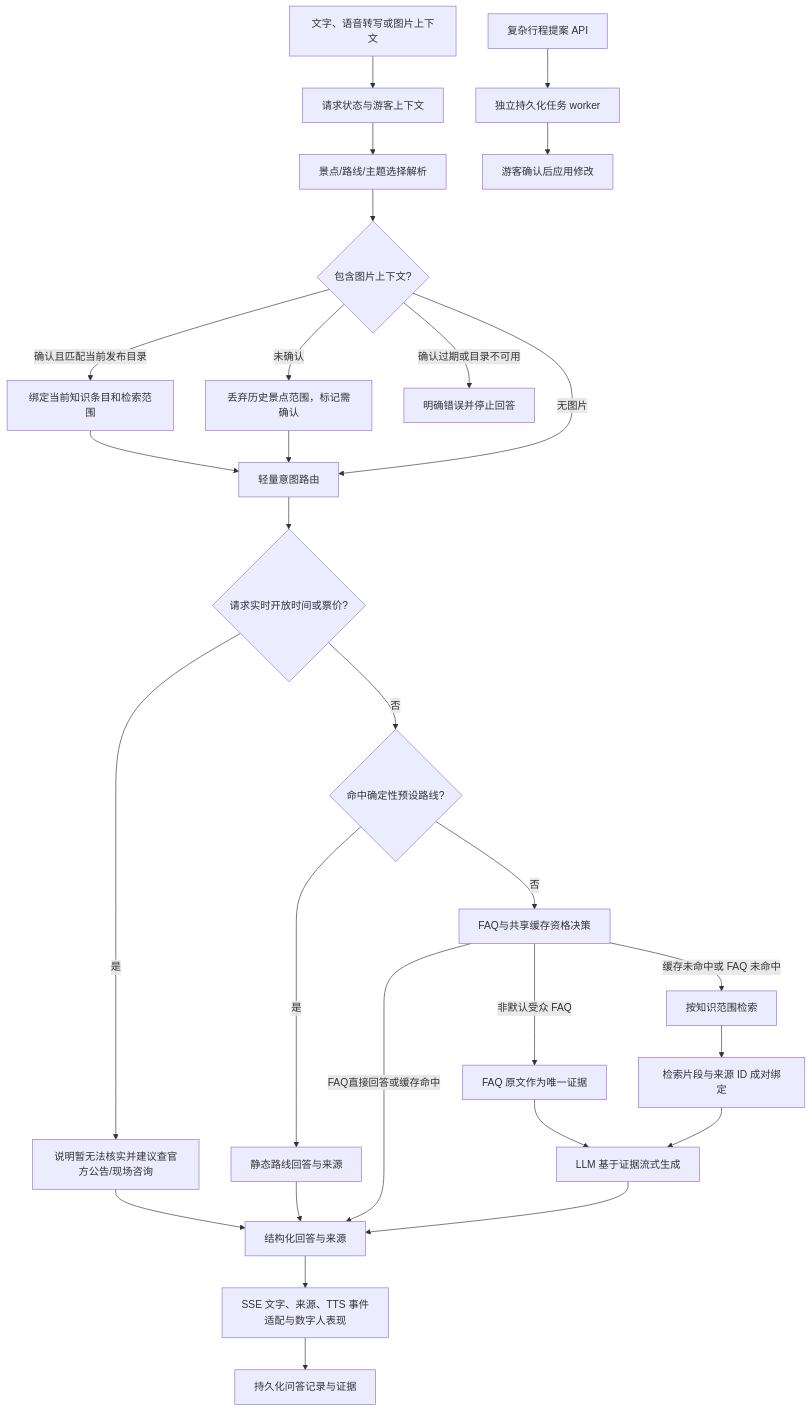
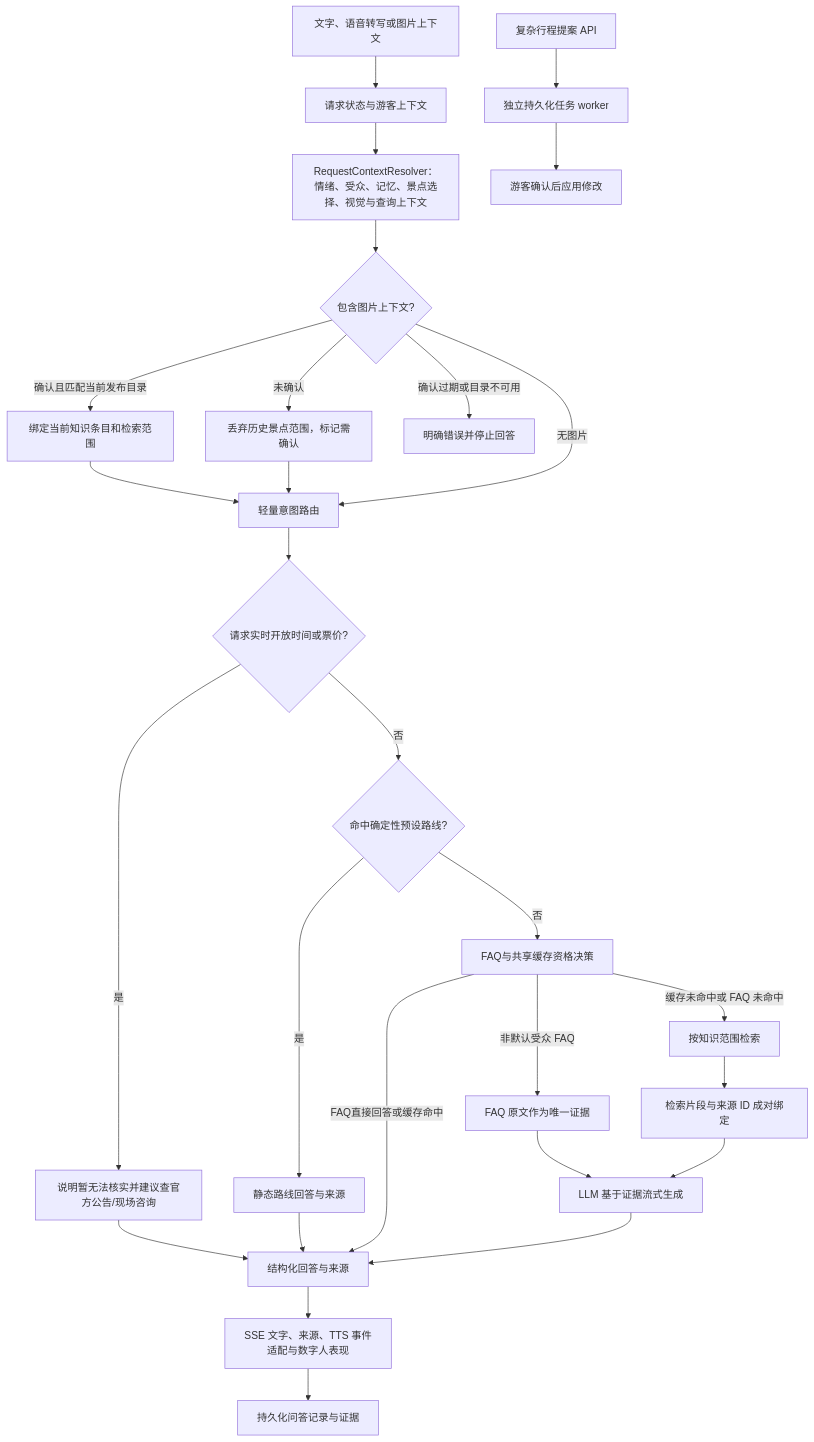
The diagram in docs/architecture/TARGET.md (yumir3297/RuanJianBei), drawn with Mermaid before and after one commit. The commit also changed 8 other files, not shown here.

Commit message:
refactor: extract request context resolver

````diff
--- a/docs/architecture/TARGET.md
+++ b/docs/architecture/TARGET.md
@@ -9,30 +9,30 @@
 ```mermaid
 flowchart TD
   Input[文字、语音转写或图片上下文] --> State[请求状态与游客上下文]
-  State --> Select[景点/路线/主题选择解析]
+  State --> Select[RequestContextResolver：情绪、受众、记忆、景点选择、视觉与查询上下文]
   Select --> Vision{包含图片上下文?}
   Vision -->|确认且匹配当前发布目录| Scope[绑定当前知识条目和检索范围]
   Vision -->|未确认| Unscoped[丢弃历史景点范围，标记需确认]
   Vision -->|确认过期或目录不可用| Stop[明确错误并停止回答]
   Vision -->|无图片| Intent[轻量意图路由]
   Scope --> Intent
   Unscoped --> Intent
   Intent --> Schedule{请求实时开放时间或票价?}
   Schedule -->|是| Guarded[说明暂无法核实并建议查官方公告/现场咨询]
   Schedule -->|否| Route{命中确定性预设路线?}
   Route -->|是| RouteAnswer[静态路线回答与来源]
   Route -->|否| Fast[FAQ与共享缓存资格决策]
   Fast -->|FAQ直接回答或缓存命中| Answer[结构化回答与来源]
   Fast -->|非默认受众 FAQ| FaqEvidence[FAQ 原文作为唯一证据]
   Fast -->|缓存未命中或 FAQ 未命中| RAG[按知识范围检索]
   FaqEvidence --> Generate[LLM 基于证据流式生成]
   RAG --> Evidence[检索片段与来源 ID 成对绑定]
   Evidence --> Generate
   Guarded --> Answer
   RouteAnswer --> Answer
   Generate --> Answer
   Answer --> Output[SSE 文字、来源、TTS 事件适配与数字人表现]
   Output --> Persist[持久化问答记录与证据]
   Itinerary[复杂行程提案 API] --> Worker[独立持久化任务 worker]
   Worker --> Confirm[游客确认后应用修改]
 ```
````
